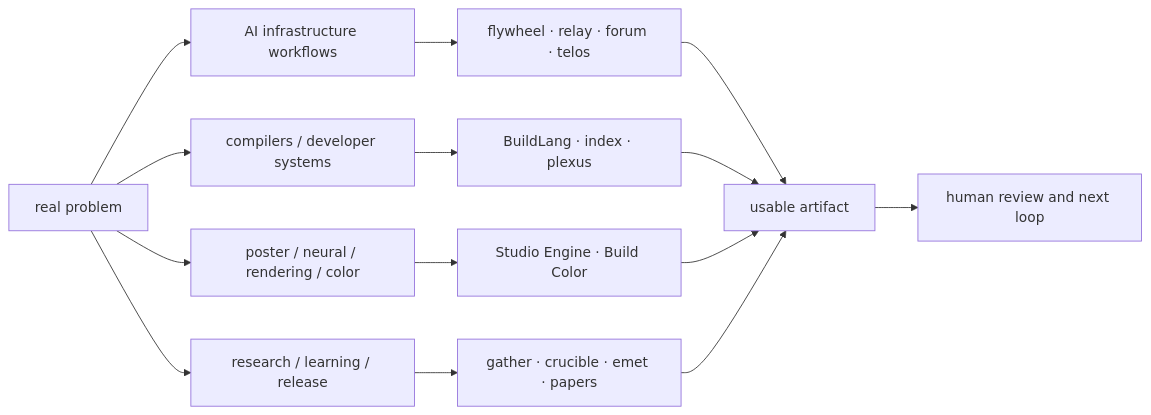
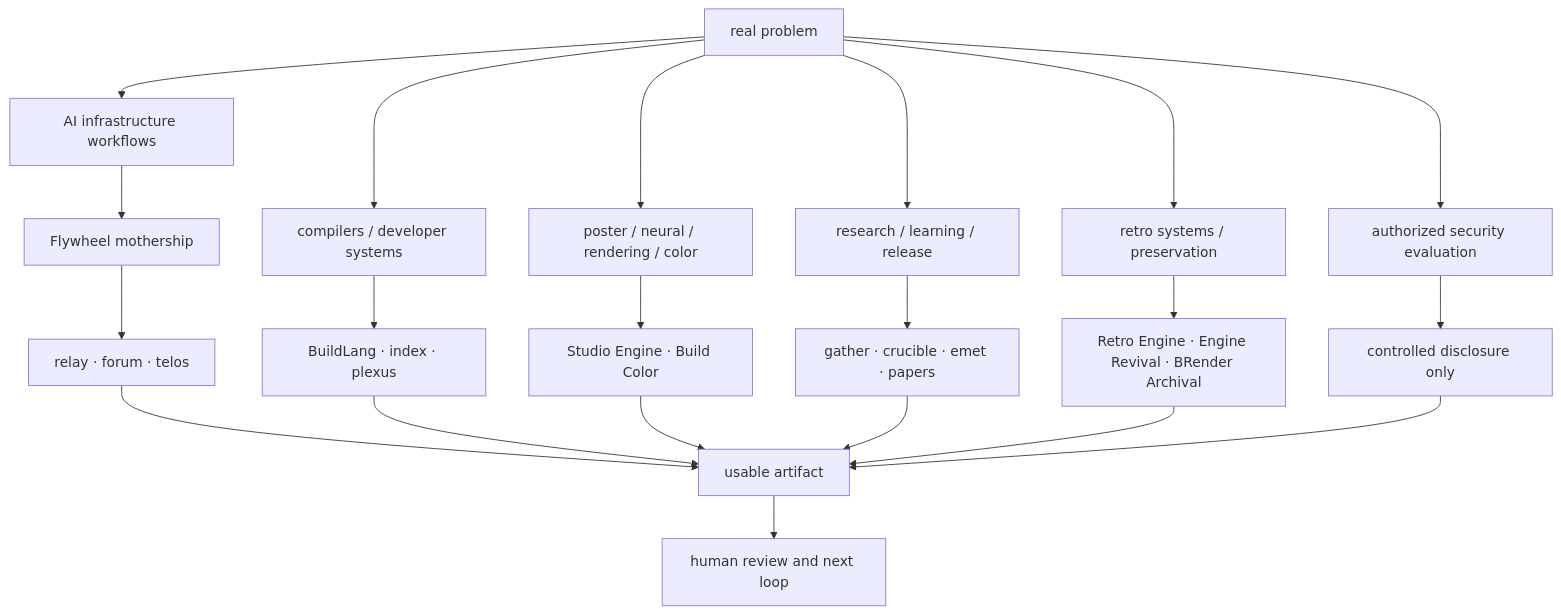
The diagram in README.md (HarperZ9/HarperZ9), drawn with Mermaid before and after one commit. The commit also changed other lines of this file and 4 other files, not shown here.

````diff
--- a/README.md
+++ b/README.md
@@ -96,16 +108,23 @@
 ```mermaid
-flowchart LR
+flowchart TD
     problem["real problem"] --> models["AI infrastructure workflows"]
     problem --> systems["compilers / developer systems"]
     problem --> visuals["poster / neural / rendering / color"]
     problem --> research["research / learning / release"]
-    models --> tools["flywheel · relay · forum · telos"]
+    problem --> retro["retro systems / preservation"]
+    problem --> security["authorized security evaluation"]
+    models --> flywheel["Flywheel mothership"]
+    flywheel --> tools["relay · forum · telos"]
     systems --> compiler["BuildLang · index · plexus"]
     visuals --> art["Studio Engine · Build Color"]
     research --> evidence["gather · crucible · emet · papers"]
+    retro --> revival["Retro Engine · Engine Revival · BRender Archival"]
+    security --> private["controlled disclosure only"]
     tools --> artifact["usable artifact"]
     compiler --> artifact
     art --> artifact
     evidence --> artifact
+    revival --> artifact
+    private --> artifact
     artifact --> human["human review and next loop"]
 ```
````
